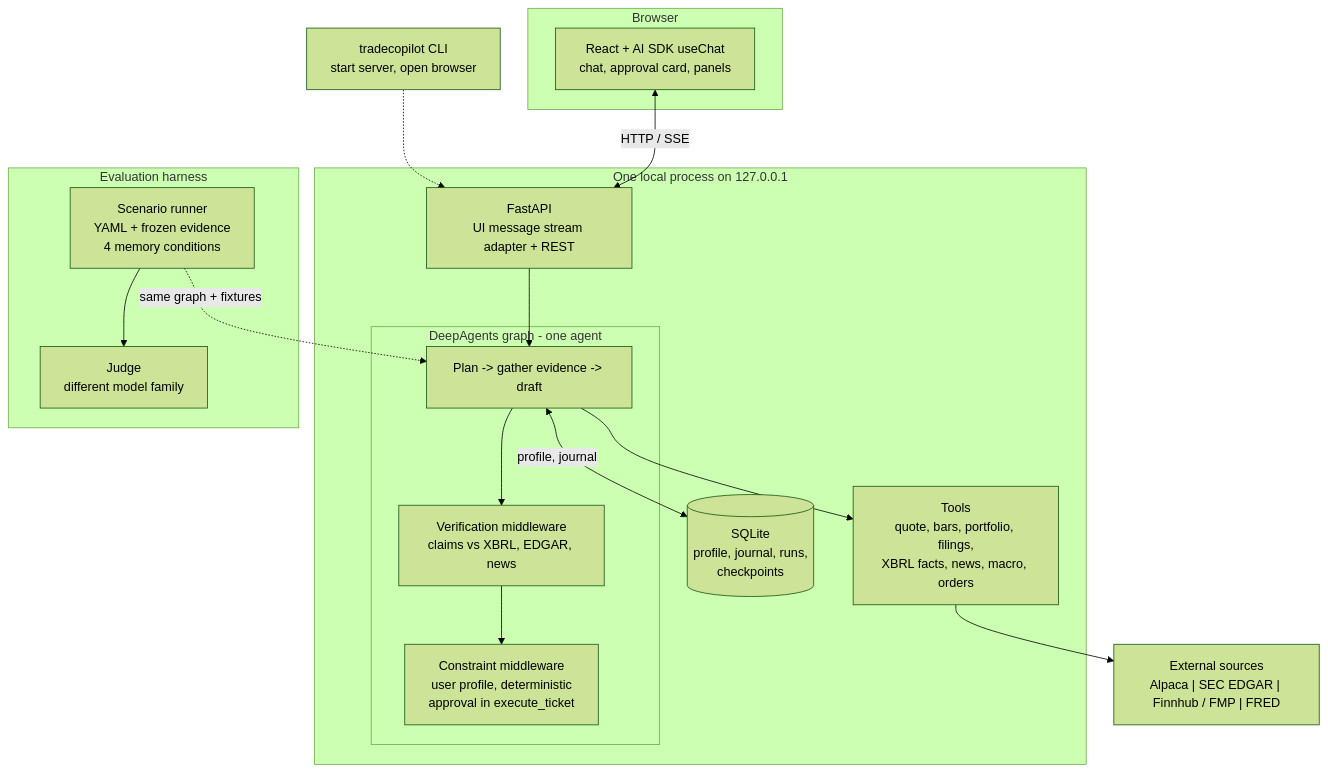
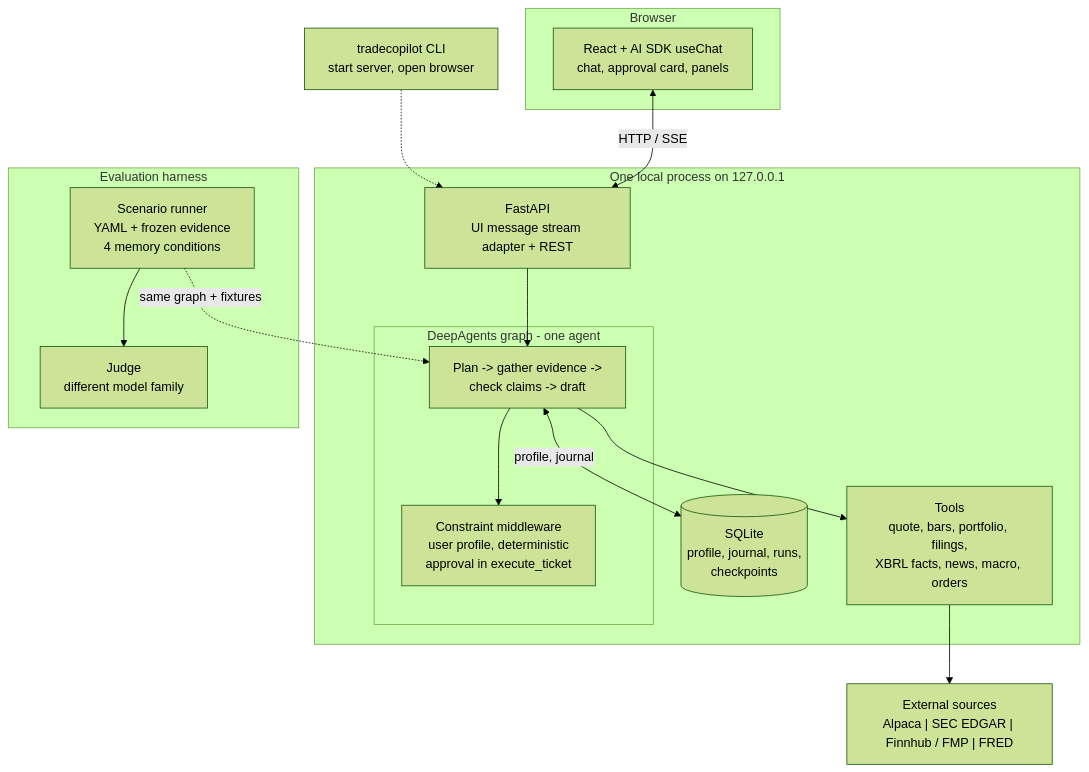
The diagram in docs/design-of-system.md (llmgp74/tradecopilot), drawn with Mermaid (forest theme) before and after one commit. The commit also changed other lines of this file and 3 other files, not shown here.

````diff
--- a/docs/design-of-system.md
+++ b/docs/design-of-system.md
@@ -9,37 +9,36 @@
 ```mermaid
 flowchart TB
   CLI["tradecopilot CLI<br/>start server, open browser"]
 
   subgraph WEB["Browser"]
     UI["React + AI SDK useChat<br/>chat, approval card, panels"]
   end
 
   subgraph PROC["One local process on 127.0.0.1"]
     API["FastAPI<br/>UI message stream adapter + REST"]
     subgraph AGENT["DeepAgents graph - one agent"]
-      LOOP["Plan -> gather evidence -> draft"]
-      VER["Verification middleware<br/>claims vs XBRL, EDGAR, news"]
+      LOOP["Plan -> gather evidence -><br/>check claims -> draft"]
       CON["Constraint middleware<br/>user profile, deterministic<br/>approval in execute_ticket"]
-      LOOP --> VER --> CON
+      LOOP --> CON
     end
     TOOLS["Tools<br/>quote, bars, portfolio, filings,<br/>XBRL facts, news, macro, orders"]
     DB[("SQLite<br/>profile, journal, runs,<br/>checkpoints")]
   end
 
   CLI -.-> API
   UI <-->|HTTP / SSE| API
   API --> LOOP
   LOOP --> TOOLS
   LOOP <-->|profile, journal| DB
 
   EXT["External sources<br/>Alpaca | SEC EDGAR | Finnhub / FMP | FRED"]
   TOOLS --> EXT
 
   subgraph EVAL["Evaluation harness"]
     SCEN["Scenario runner<br/>YAML + frozen evidence<br/>4 memory conditions"]
     JUDGE["Judge<br/>different model family"]
     SCEN --> JUDGE
   end
 
   SCEN -.->|same graph + fixtures| LOOP
 ```
````
